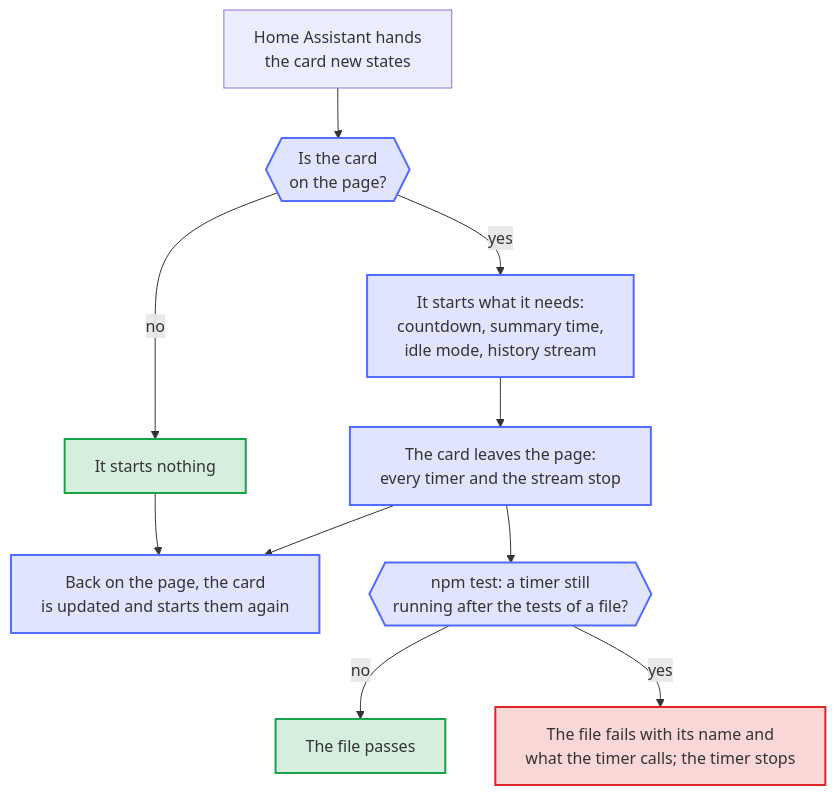
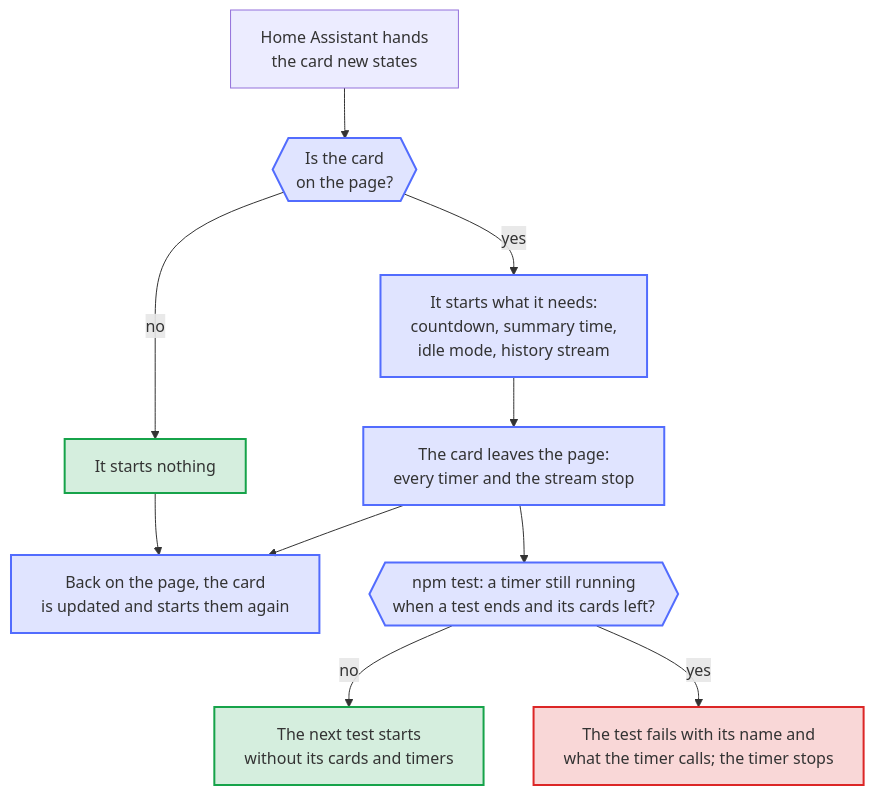
One commit to Dennis-Otto/ha-autodarts changed the diagram in docs/diagrams/card-timers.en.mmd. Above: the diagram before and after it, drawn with Mermaid. The commit also changed 10 other files, not shown here.

First line of the commit message:
fix(cards): clear the idle timer of a card that left the page, so the tests never hang (#294)

```diff
--- a/docs/diagrams/card-timers.en.mmd
+++ b/docs/diagrams/card-timers.en.mmd
@@ -1,25 +1,25 @@
 ---
 config:
   flowchart:
     wrappingWidth: 400
 ---
 flowchart TB
   accTitle: The timers of a card and the page
-  accDescr: Home Assistant hands a card new states. A card on the page starts what it needs, such as the countdown of a tournament, the time a summary shows, idle mode and the history stream. A card that left the page starts nothing. Leaving the page stops every timer and the stream; when the card comes back, it is updated and starts them again. After the tests of a file, a timer that still runs fails the file with its name and what the timer calls, and stops.
+  accDescr: Home Assistant hands a card new states. A card on the page starts what it needs, such as the countdown of a tournament, the time a summary shows, idle mode and the history stream. A card that left the page starts nothing. Leaving the page stops every timer and the stream; when the card comes back, it is updated and starts them again. In npm test, the cards of a test leave the page when it ends; a timer that still runs then fails the test with its name and what the timer calls, and stops.
 
   STATES["Home Assistant hands<br/>the card new states"] --> ON{{"Is the card<br/>on the page?"}}
   ON -- "yes" --> START["It starts what it needs:<br/>countdown, summary time,<br/>idle mode, history stream"]
   ON -- "no" --> NOTHING["It starts nothing"]
   START --> LEAVE["The card leaves the page:<br/>every timer and the stream stop"]
   LEAVE --> BACK["Back on the page, the card<br/>is updated and starts them again"]
   NOTHING --> BACK
-  LEAVE --> CHECK{{"npm test: a timer still<br/>running after the tests of a file?"}}
-  CHECK -- "no" --> PASS["The file passes"]
-  CHECK -- "yes" --> FAIL["The file fails with its name and<br/>what the timer calls; the timer stops"]
+  LEAVE --> CHECK{{"npm test: a timer still running<br/>when a test ends and its cards left?"}}
+  CHECK -- "no" --> PASS["The next test starts<br/>without its cards and timers"]
+  CHECK -- "yes" --> FAIL["The test fails with its name and<br/>what the timer calls; the timer stops"]
 
   classDef bot fill:#526cfe2e,stroke:#526cfe,stroke-width:2px
   classDef done fill:#16a34a2e,stroke:#16a34a,stroke-width:2px
   classDef failed fill:#dc26262e,stroke:#dc2626,stroke-width:2px
   class ON,START,LEAVE,BACK,CHECK bot
   class NOTHING,PASS done
   class FAIL failed
```
